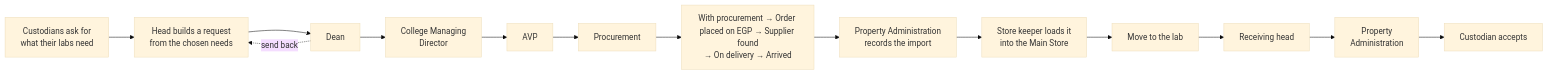
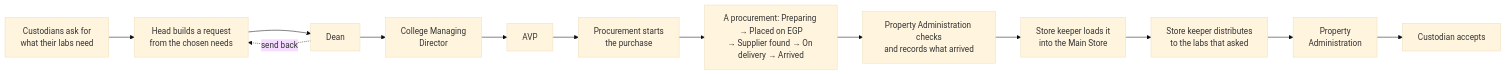
The second of 5 diagrams in docs/user-guide/appendix.md (diagomike/lab_resource_v2), drawn with Mermaid (base theme) before and after one commit. The commit also changed other lines of this file and 119 other files, not shown here.

Commit message:
End-to-end scripts for the new flows, every guide screenshot retaken, the appendix flows redrawn

````diff
--- a/docs/user-guide/appendix.md
+++ b/docs/user-guide/appendix.md
@@ -39,11 +43,11 @@
 ```mermaid
 flowchart LR
   N[Custodians ask for<br/>what their labs need] --> H[Head builds a request<br/>from the chosen needs]
-  H --> DN[Dean] --> CMD[College Managing<br/>Director] --> AVP[AVP] --> P[Procurement]
+  H --> DN[Dean] --> CMD[College Managing<br/>Director] --> AVP[AVP] --> P[Procurement starts<br/>the purchase]
   DN -. send back .-> H
-  P --> O[With procurement → Order placed on EGP → Supplier found<br/>→ On delivery → Arrived]
-  O --> IR[Property Administration<br/>records the import]
+  P --> O[A procurement: Preparing → Placed on EGP<br/>→ Supplier found → On delivery → Arrived]
+  O --> IR[Property Administration checks<br/>and records what arrived]
   IR --> S[Store keeper loads it<br/>into the Main Store]
-  S --> HO[Move to the lab]
-  HO --> RH[Receiving head] --> PA[Property<br/>Administration] --> RC[Custodian accepts]
+  S --> HO[Store keeper distributes<br/>to the labs that asked]
+  HO --> PA[Property<br/>Administration] --> RC[Custodian accepts]
 ```
````
